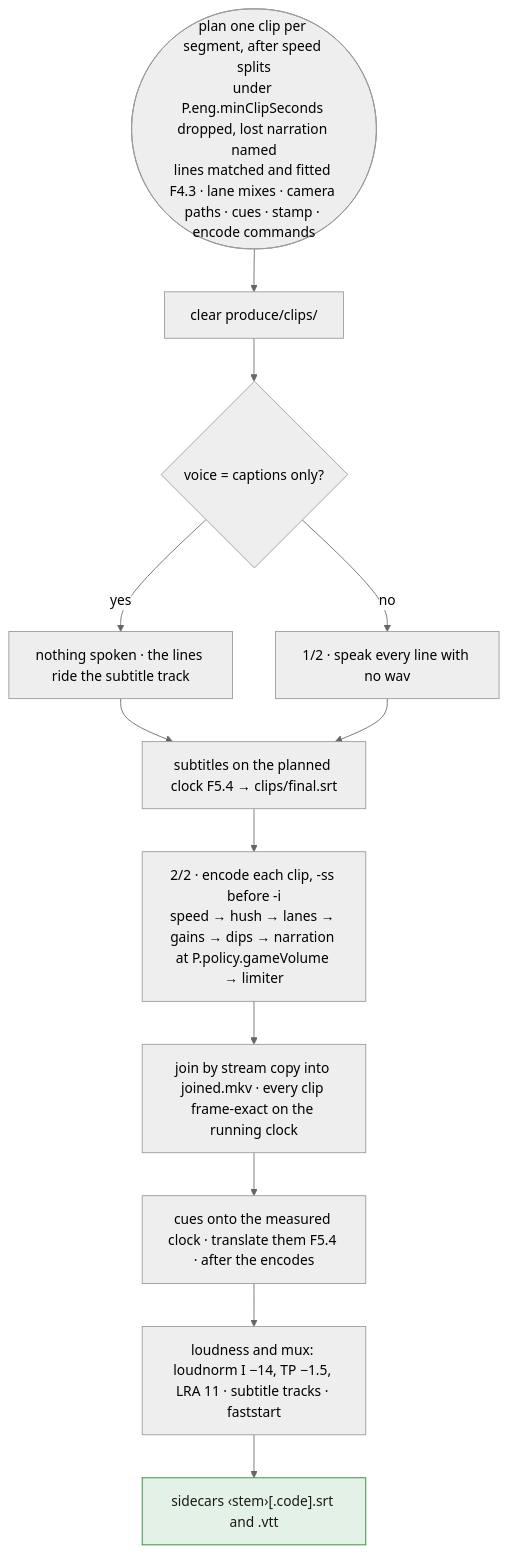
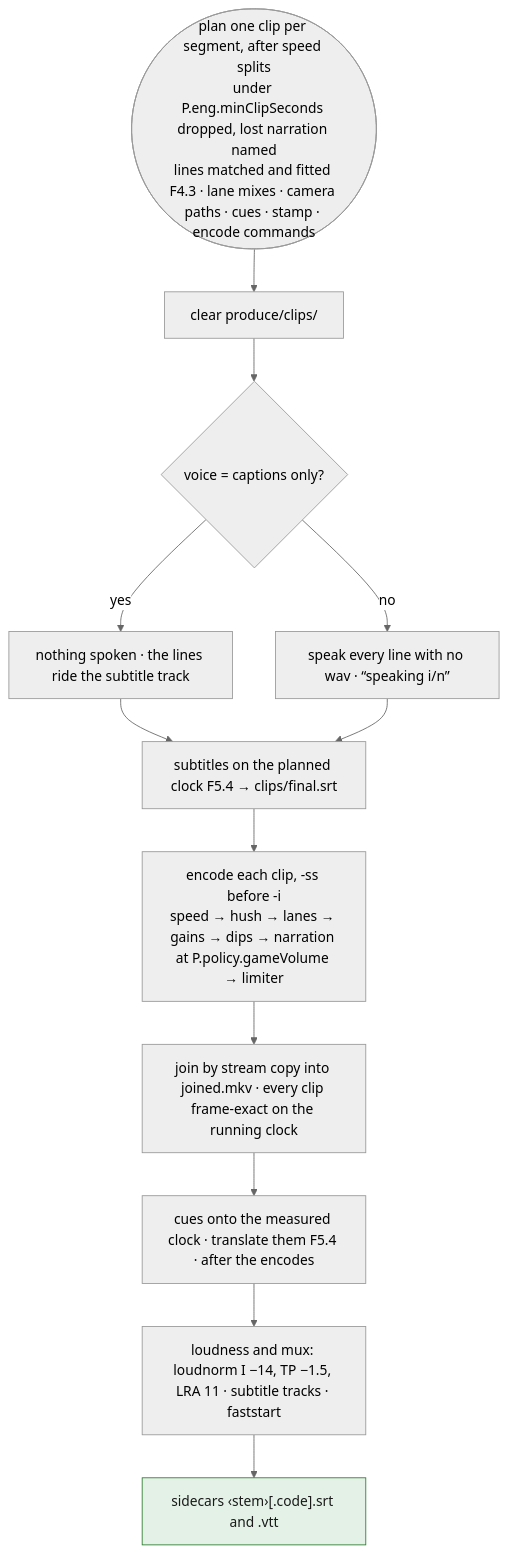
One commit to tbocek/naivepost changed the second of 6 diagrams in spec/08-produce.md. Above: the diagram before and after it, drawn with Mermaid (neutral theme). The commit also changed other lines of this file and 19 other files, not shown here.

````diff
--- a/spec/08-produce.md
+++ b/spec/08-produce.md
@@ -61,17 +61,17 @@
 ```mermaid
 flowchart TD
   PL(["plan one clip per segment, after speed splits<br/>under P.eng.minClipSeconds dropped, lost narration named<br/>lines matched and fitted F4.3 · lane mixes · camera paths · cues · stamp · encode commands"]) --> A["clear produce/clips/"]
   A --> SPK{"voice = captions only?"}
   SPK -- yes --> CAPS["nothing spoken · the lines ride the subtitle track"]
-  SPK -- no --> SP["1/2 · speak every line with no wav"]
+  SPK -- no --> SP["speak every line with no wav · “speaking i/n”"]
   CAPS --> SUB
   SP --> SUB["subtitles on the planned clock F5.4 → clips/final.srt"]
-  SUB --> ENC["2/2 · encode each clip, -ss before -i<br/>speed → hush → lanes → gains → dips → narration at P.policy.gameVolume → limiter"]
+  SUB --> ENC["encode each clip, -ss before -i<br/>speed → hush → lanes → gains → dips → narration at P.policy.gameVolume → limiter"]
   ENC --> JN["join by stream copy into joined.mkv · every clip frame-exact on the running clock"]
   JN --> TR["cues onto the measured clock · translate them F5.4 · after the encodes"]
   TR --> MX["loudness and mux: loudnorm I −14, TP −1.5, LRA 11 · subtitle tracks · faststart"]
   MX --> SC["sidecars ‹stem›[.code].srt and .vtt"]:::done
   classDef refuse fill:#fde2e1,stroke:#c01c28,color:#1a1a1a
   classDef done fill:#e3f1e6,stroke:#2e7d32,color:#1a1a1a
   classDef ask fill:#e8eefc,stroke:#3a63c8,color:#1a1a1a
 ```
````
